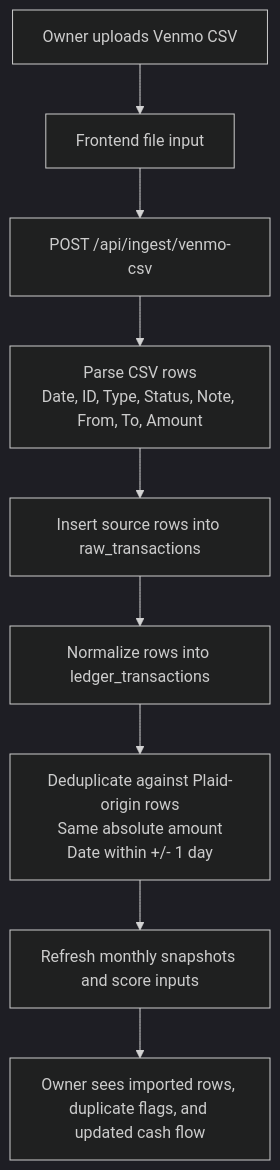
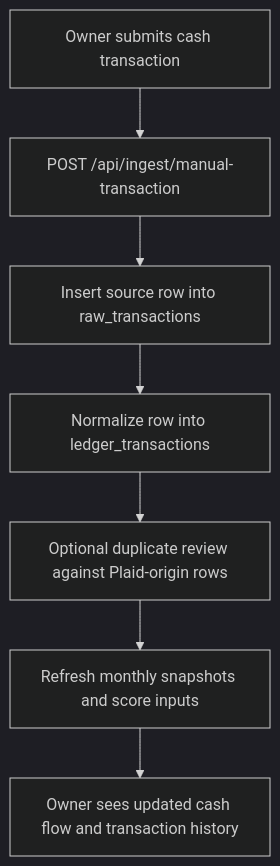
Before and after one commit to harsenyan3/Fundalo: the first of 4 diagrams in docs/user-flows.md, drawn with Mermaid (dark theme). The commit also changed other lines of this file and 4 other files, not shown here.

Commit message:
Remove Venmo CSV from ingestion design

````diff
--- a/docs/user-flows.md
+++ b/docs/user-flows.md
@@ -40,14 +40,9 @@
 ```mermaid
 flowchart TD
-    U1["Owner uploads Venmo CSV"] --> F1["Frontend file input"]
-    F1 --> A1["POST /api/ingest/venmo-csv"]
-    A1 --> P1["Parse CSV rows
-Date, ID, Type, Status, Note, From, To, Amount"]
-    P1 --> R1["Insert source rows into raw_transactions"]
-    R1 --> N1["Normalize rows into ledger_transactions"]
-    N1 --> D1["Deduplicate against Plaid-origin rows
-Same absolute amount
-Date within +/- 1 day"]
+    U1["Owner submits cash transaction"] --> A1["POST /api/ingest/manual-transaction"]
+    A1 --> R1["Insert source row into raw_transactions"]
+    R1 --> N1["Normalize row into ledger_transactions"]
+    N1 --> D1["Optional duplicate review against Plaid-origin rows"]
     D1 --> S1["Refresh monthly snapshots and score inputs"]
-    S1 --> V1["Owner sees imported rows, duplicate flags, and updated cash flow"]
+    S1 --> V1["Owner sees updated cash flow and transaction history"]
 ```
````
